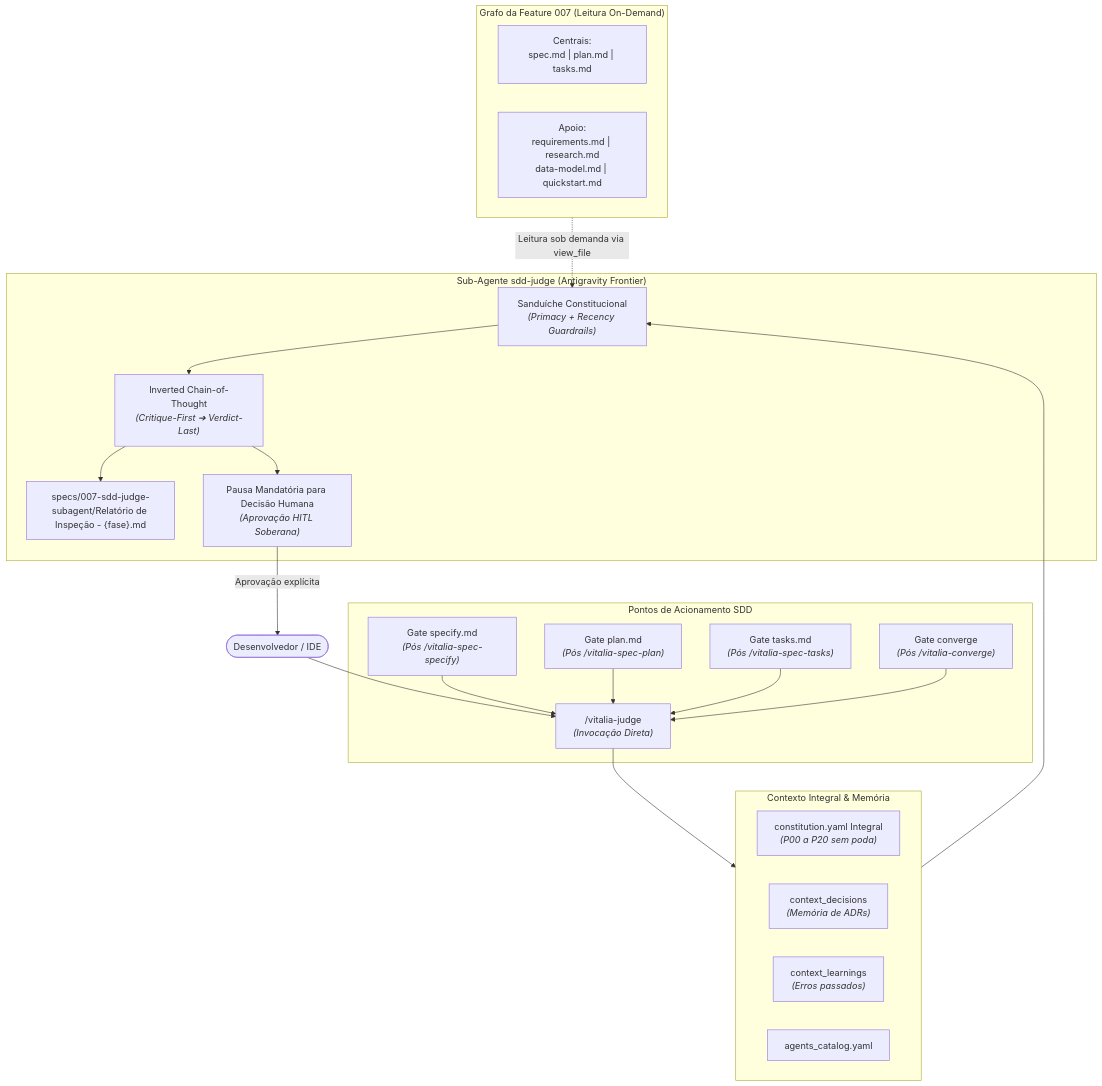
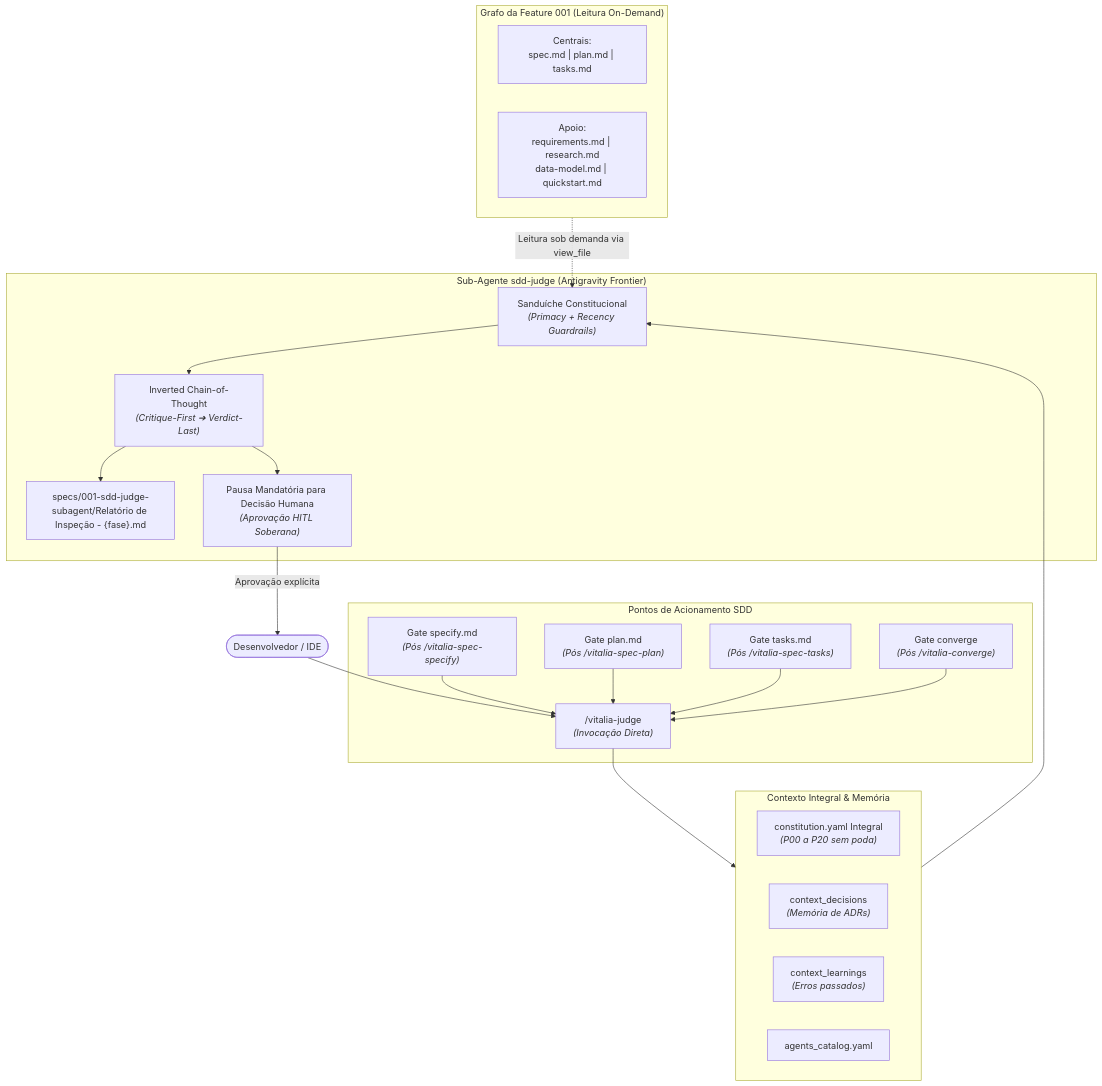
One commit to andreticba/kit-src changed the diagram in specs/007-sdd-judge-subagent/research-brainstorming.md. Above: the diagram before and after it, drawn with Mermaid. The commit also changed other lines of this file and 2 other files, not shown here.

````diff
--- a/specs/007-sdd-judge-subagent/research-brainstorming.md
+++ b/specs/007-sdd-judge-subagent/research-brainstorming.md
@@ -134,46 +110,46 @@
 ```mermaid
 flowchart TD
     Dev(["Desenvolvedor / IDE"])
     
     subgraph GATES["Pontos de Acionamento SDD"]
         SlashCmd["/vitalia-judge<br/><i>(Invocação Direta)</i>"]
         GateSpecify["Gate specify.md<br/><i>(Pós /vitalia-spec-specify)</i>"]
         GatePlan["Gate plan.md<br/><i>(Pós /vitalia-spec-plan)</i>"]
         GateTasks["Gate tasks.md<br/><i>(Pós /vitalia-spec-tasks)</i>"]
         GateConverge["Gate converge<br/><i>(Pós /vitalia-converge)</i>"]
     end
     
     subgraph GUARDIAN["Contexto Integral & Memória"]
         ConstYAML["constitution.yaml Integral<br/><i>(P00 a P20 sem poda)</i>"]
         Decisions["context_decisions<br/><i>(Memória de ADRs)</i>"]
         Learnings["context_learnings<br/><i>(Erros passados)</i>"]
         Catalog["agents_catalog.yaml"]
     end
     
-    subgraph ARTEFATOS["Grafo da Feature 007 (Leitura On-Demand)"]
+    subgraph ARTEFATOS["Grafo da Feature 001 (Leitura On-Demand)"]
         CoreDocs["Centrais:<br/>spec.md | plan.md | tasks.md"]
         SupportDocs["Apoio:<br/>requirements.md | research.md<br/>data-model.md | quickstart.md"]
     end
     
     subgraph SUBAGENTE["Sub-Agente sdd-judge (Antigravity Frontier)"]
         Sandwich["Sanduíche Constitucional<br/><i>(Primacy + Recency Guardrails)</i>"]
         InvertedCoT["Inverted Chain-of-Thought<br/><i>(Critique-First ➔ Verdict-Last)</i>"]
-        InspectionReport["specs/007-sdd-judge-subagent/Relatório de Inspeção - {fase}.md"]
+        InspectionReport["specs/001-sdd-judge-subagent/Relatório de Inspeção - {fase}.md"]
         HITL["Pausa Mandatória para Decisão Humana<br/><i>(Aprovação HITL Soberana)</i>"]
     end
     
     Dev --> SlashCmd
     GateSpecify --> SlashCmd
     GatePlan --> SlashCmd
     GateTasks --> SlashCmd
     GateConverge --> SlashCmd
     
     SlashCmd --> GUARDIAN
     GUARDIAN --> Sandwich
     ARTEFATOS -.->|"Leitura sob demanda via view_file"| Sandwich
     Sandwich --> InvertedCoT
     
     InvertedCoT --> InspectionReport
     InvertedCoT --> HITL
     HITL -->|"Aprovação explícita"| Dev
 ```
````
